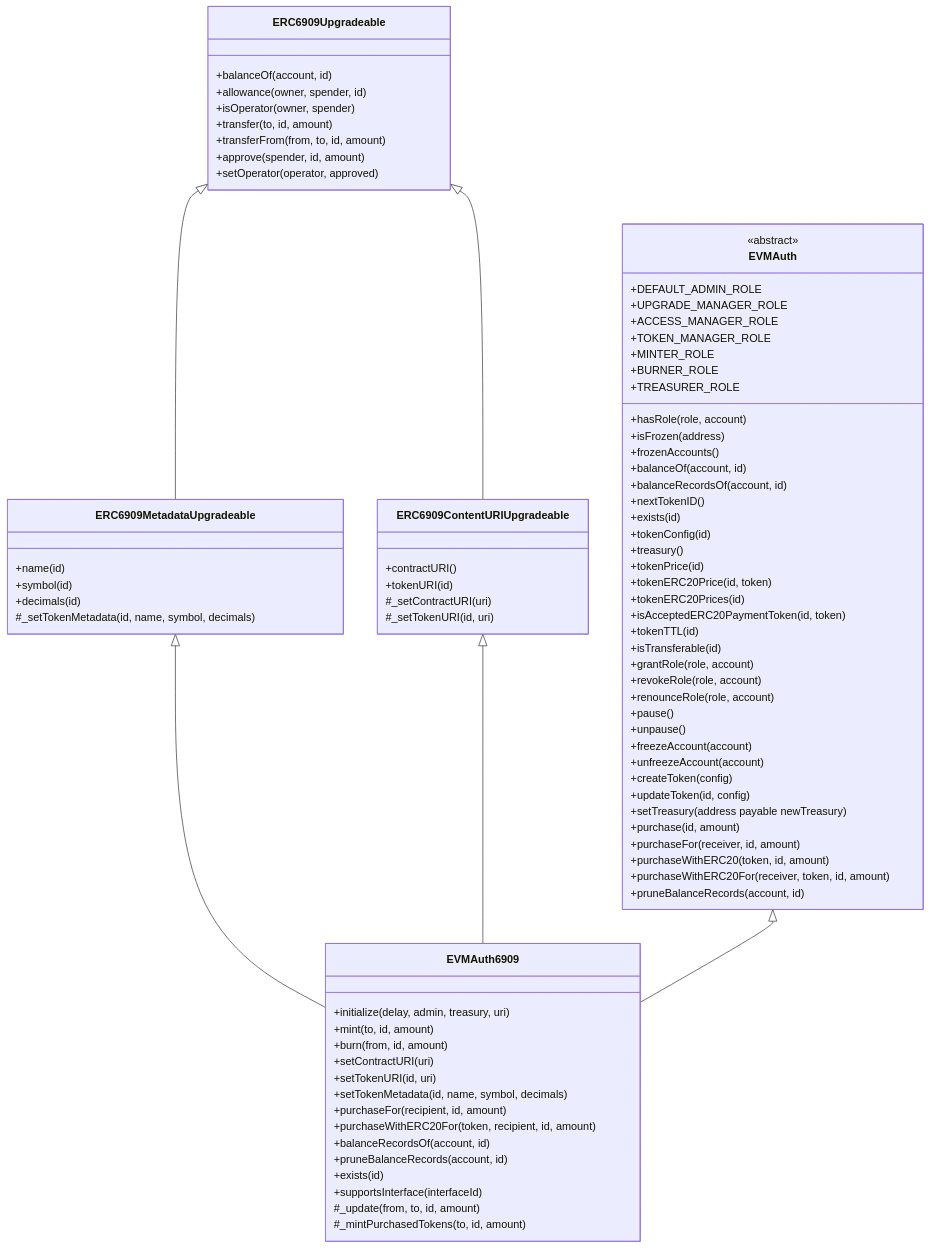
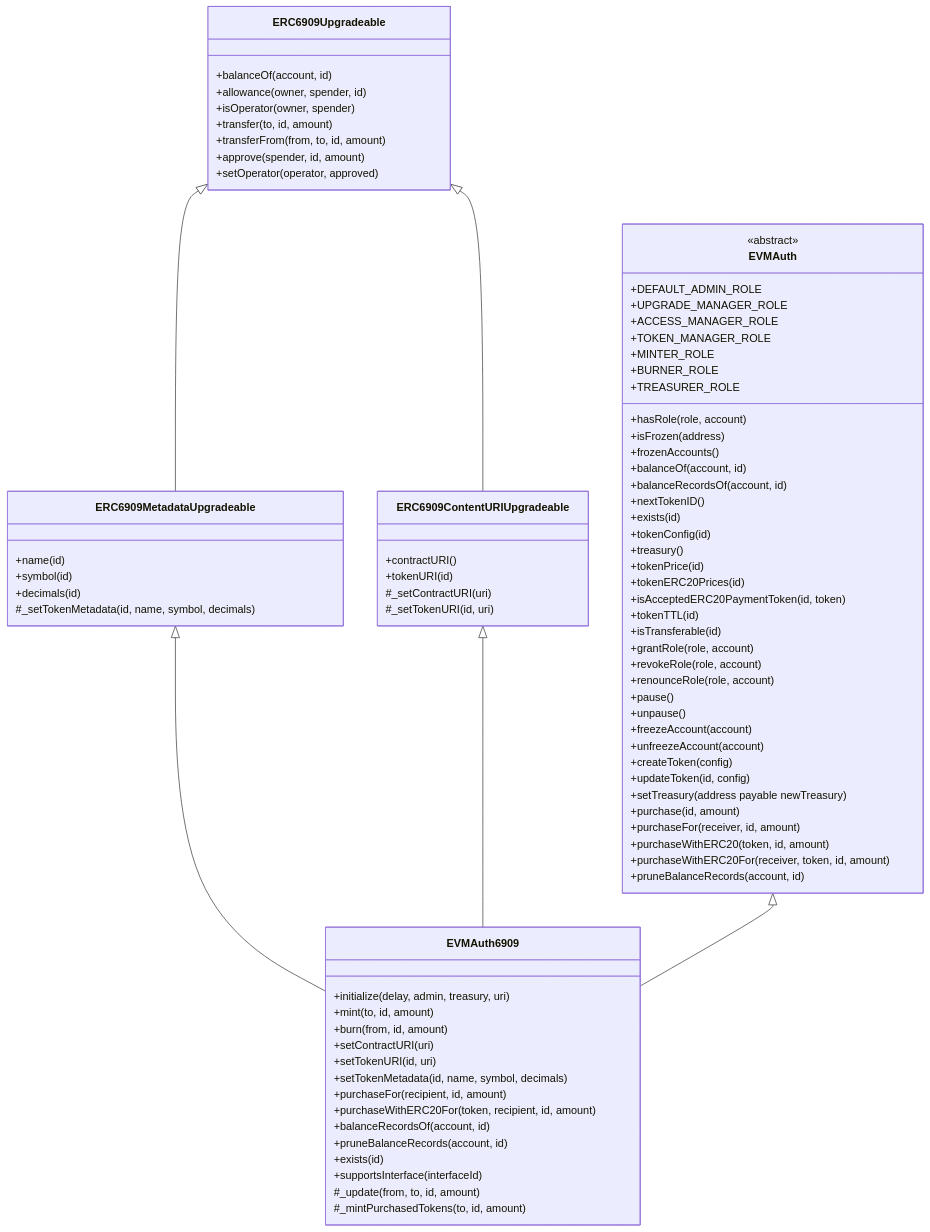
One commit to glanzz/evmauth-core changed the third of 3 diagrams in README.md. Above: the diagram before and after it, drawn with Mermaid. The commit also changed other lines of this file and 13 other files, not shown here.

```diff
--- a/README.md
+++ b/README.md
@@ -355,7 +353,6 @@
         +tokenConfig(id)
         +treasury()
         +tokenPrice(id)
-        +tokenERC20Price(id, token)
         +tokenERC20Prices(id)
         +isAcceptedERC20PaymentToken(id, token)
         +tokenTTL(id)
```
